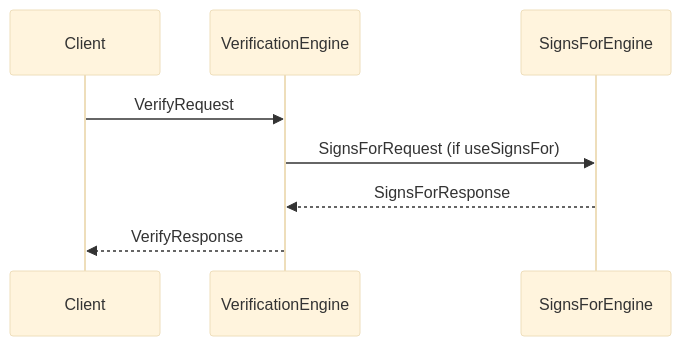
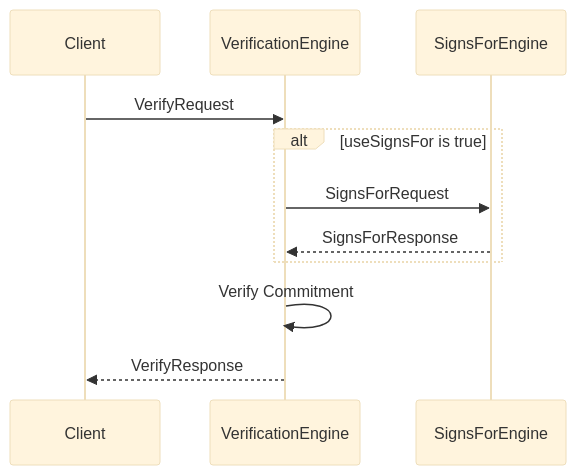
One commit to anoma/nspec changed the diagram in docs/node_architecture/engines/verification_overview.juvix.md. Above: the diagram before and after it, drawn with Mermaid (base theme). The commit also changed other lines of this file and 31 other files, not shown here.

````diff
--- a/docs/node_architecture/engines/verification_overview.juvix.md
+++ b/docs/node_architecture/engines/verification_overview.juvix.md
@@ -88,11 +88,14 @@
 ```mermaid
 sequenceDiagram
     participant Client
     participant VerificationEngine
     participant SignsForEngine
 
     Client ->> VerificationEngine: VerifyRequest
-    VerificationEngine ->> SignsForEngine: SignsForRequest (if useSignsFor)
-    SignsForEngine -->> VerificationEngine: SignsForResponse
+    alt useSignsFor is true
+        VerificationEngine ->> SignsForEngine: SignsForRequest
+        SignsForEngine -->> VerificationEngine: SignsForResponse
+    end
+    VerificationEngine ->> VerificationEngine: Verify Commitment
     VerificationEngine -->> Client: VerifyResponse
 ```
````
